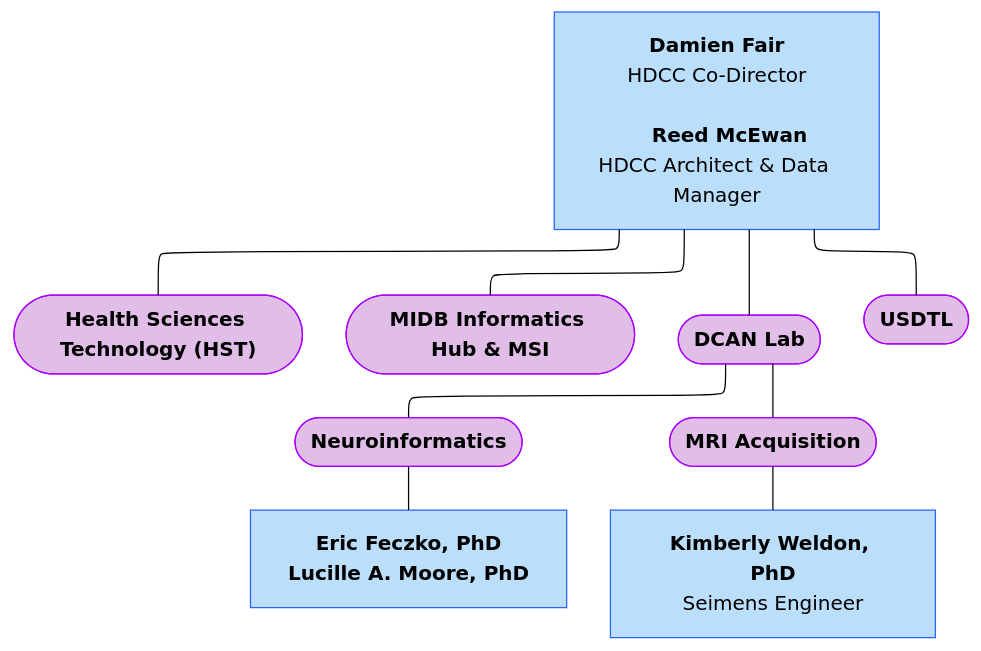
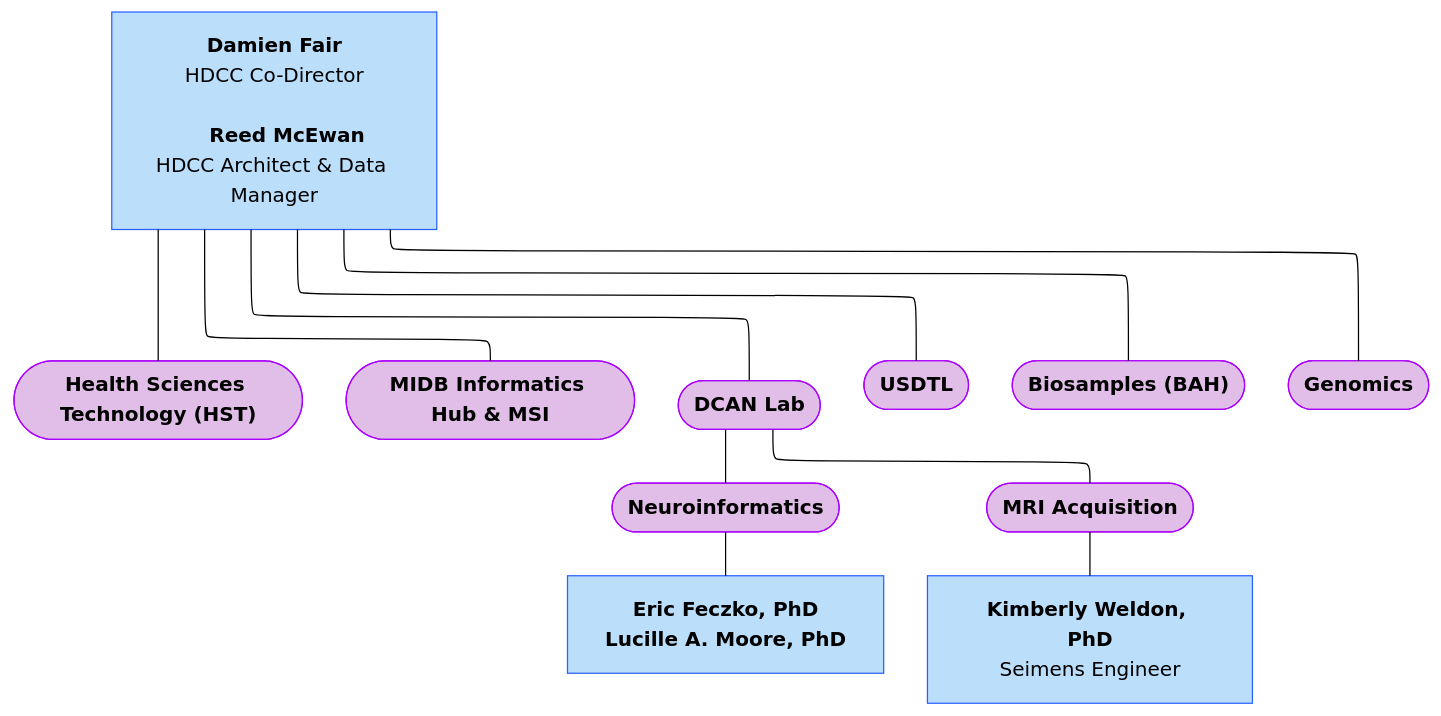
One commit to DCAN-Labs/hbcd-docs-internal changed the fourth of 9 diagrams in docs/orgcharts.md. Above: the diagram before and after it, drawn with Mermaid (forest theme).

Commit message:
add biosamples and genomics under UMN

````diff
--- a/docs/orgcharts.md
+++ b/docs/orgcharts.md
@@ -199,25 +199,28 @@
 ```mermaid
 ---
 config:
   layout: elk
 ---
 flowchart TB
     A1["<b>Damien Fair</b><br>HDCC Co-Director<br>
     <b>Reed McEwan</b><br>HDCC Architect &amp; Data Manager"] --- HST(["<b>Health Sciences Technology (HST)</b><br>"]) & MIDB(["<b>MIDB Informatics Hub &amp; MSI</b><br>"]) & DCAN(["<b>DCAN Lab</b>"]) & USDTL(["<b>USDTL</b>"])
     DCAN --- n1(["<b>Neuroinformatics</b>"]) & n2(["<b>MRI Acquisition</b>"])
     n1 --- n3["<b>Eric Feczko, PhD</b><br><b>Lucille A. Moore, PhD</b>"]
     n2 --- n4["<b>Kimberly Weldon, PhD</b><br>Seimens Engineer"]
+    A1 --- n5(["<b>Biosamples (BAH)</b>"]) & n6(["<b>Genomics</b>"])
     style A1 fill:#BBDEFB,stroke:#2962FF
     style HST fill:#E1BEE7,stroke:#AA00FF
     style MIDB fill:#E1BEE7,stroke:#AA00FF
     style DCAN fill:#E1BEE7,stroke:#AA00FF
     style USDTL fill:#E1BEE7,stroke:#AA00FF
     style n1 fill:#E1BEE7,stroke:#AA00FF
     style n2 fill:#E1BEE7,stroke:#AA00FF
     style n3 fill:#BBDEFB,stroke:#2962FF
     style n4 fill:#BBDEFB,stroke:#2962FF
+    style n5 fill:#E1BEE7,stroke:#AA00FF
+    style n6 fill:#E1BEE7,stroke:#AA00FF
     click HST "#health-sciences-technology-hst"
     click MIDB "#midb-informatics-hub-msi"
     click DCAN "https://innovation.umn.edu/developmental-cognition-and-neuroimaging-lab"
     click USDTL "https://www.usdtl.com/"
 ```
````
